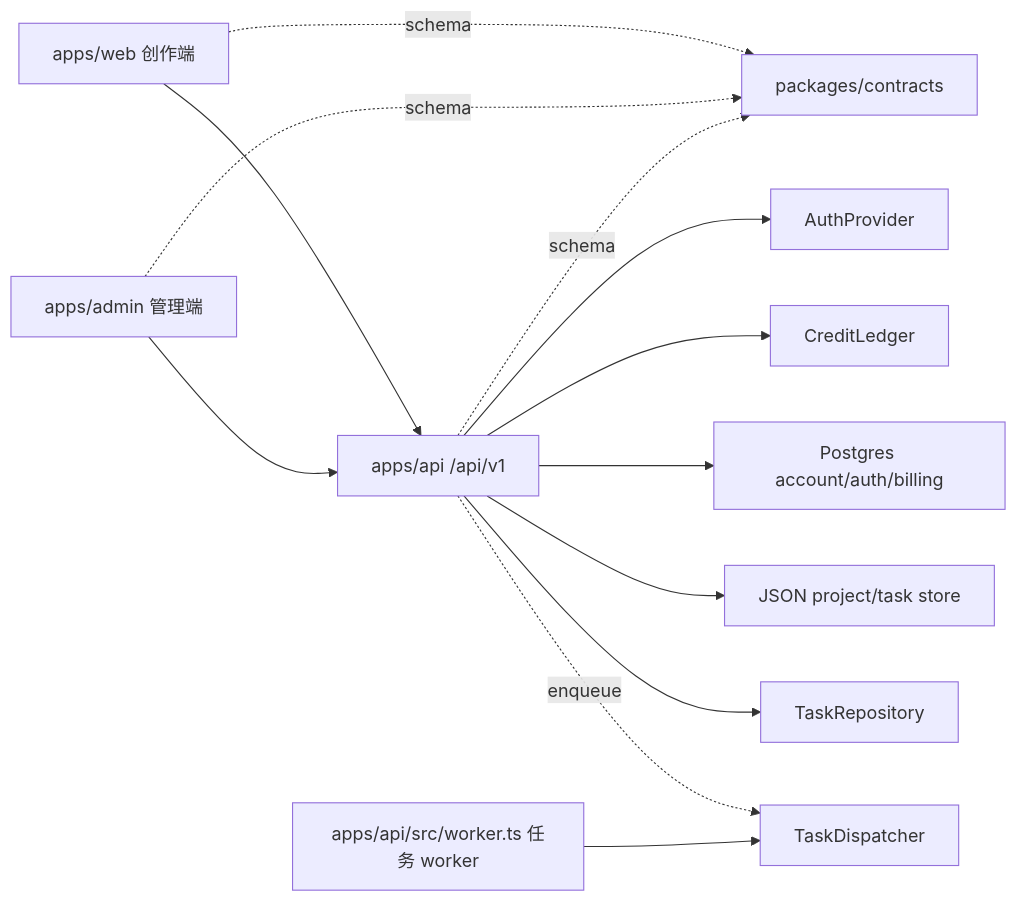
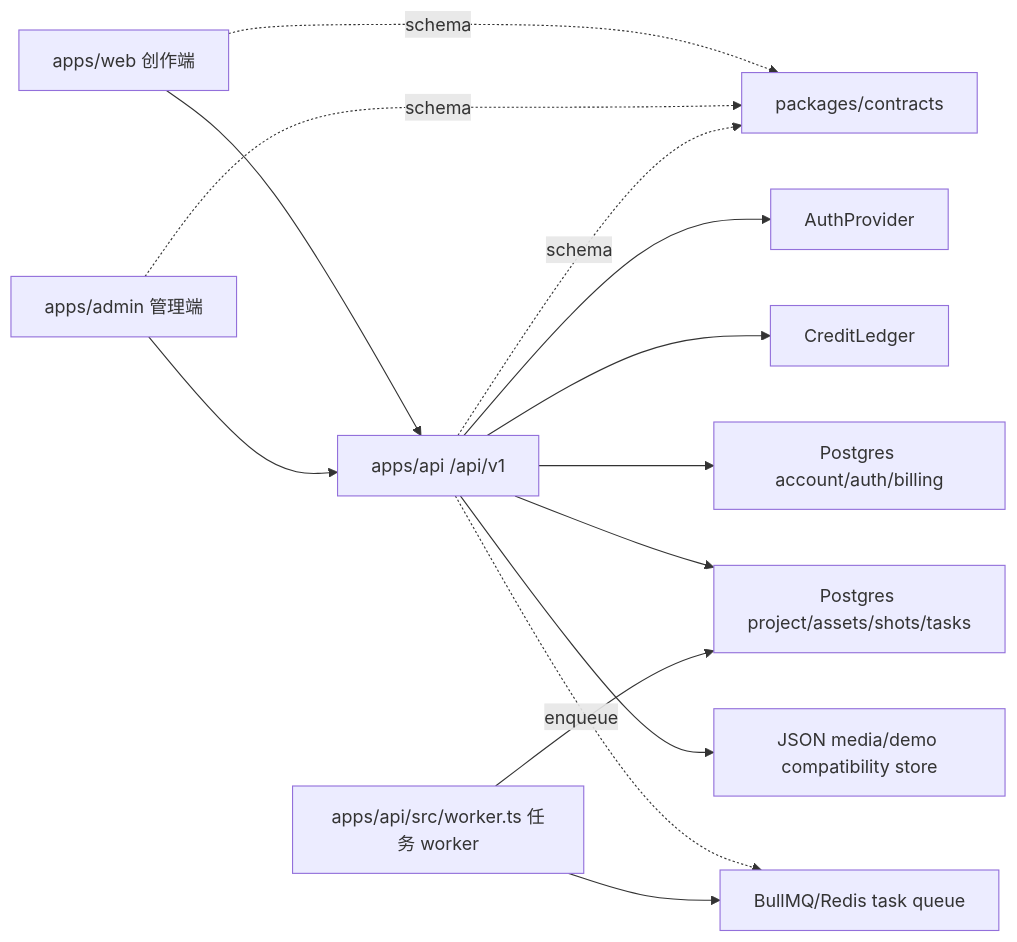
The diagram in docs/ARCHITECTURE.md (usaaron/AIGC_Video_Platform), drawn with Mermaid before and after one commit. The commit also changed other lines of this file and 24 other files, not shown here.

Commit message:
feat(api): move generation task queue to bullmq

````diff
--- a/docs/ARCHITECTURE.md
+++ b/docs/ARCHITECTURE.md
@@ -7,15 +7,16 @@
 ```mermaid
 flowchart LR
   Web["apps/web 创作端"] --> API["apps/api /api/v1"]
   Admin["apps/admin 管理端"] --> API
   Web -. schema .-> Contracts["packages/contracts"]
   Admin -. schema .-> Contracts
   API -. schema .-> Contracts
   API --> Auth["AuthProvider"]
   API --> Ledger["CreditLedger"]
   API --> AccountDb["Postgres account/auth/billing"]
-  API --> Store["JSON project/task store"]
-  API --> Repo["TaskRepository"]
-  API -. enqueue .-> Queue["TaskDispatcher"]
+  API --> ProjectDb["Postgres project/assets/shots/tasks"]
+  API --> Store["JSON media/demo compatibility store"]
+  API -. enqueue .-> Queue["BullMQ/Redis task queue"]
   Worker["apps/api/src/worker.ts 任务 worker"] --> Queue
+  Worker --> ProjectDb
 ```
````
